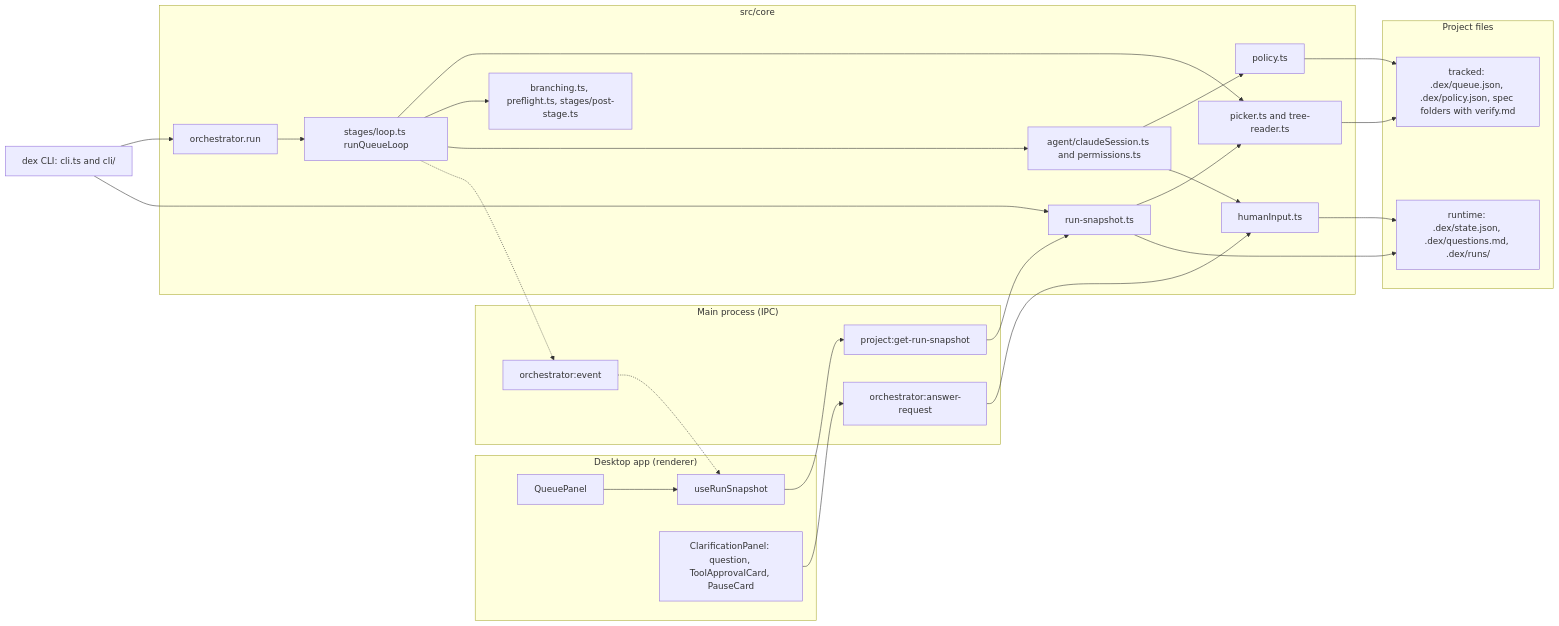
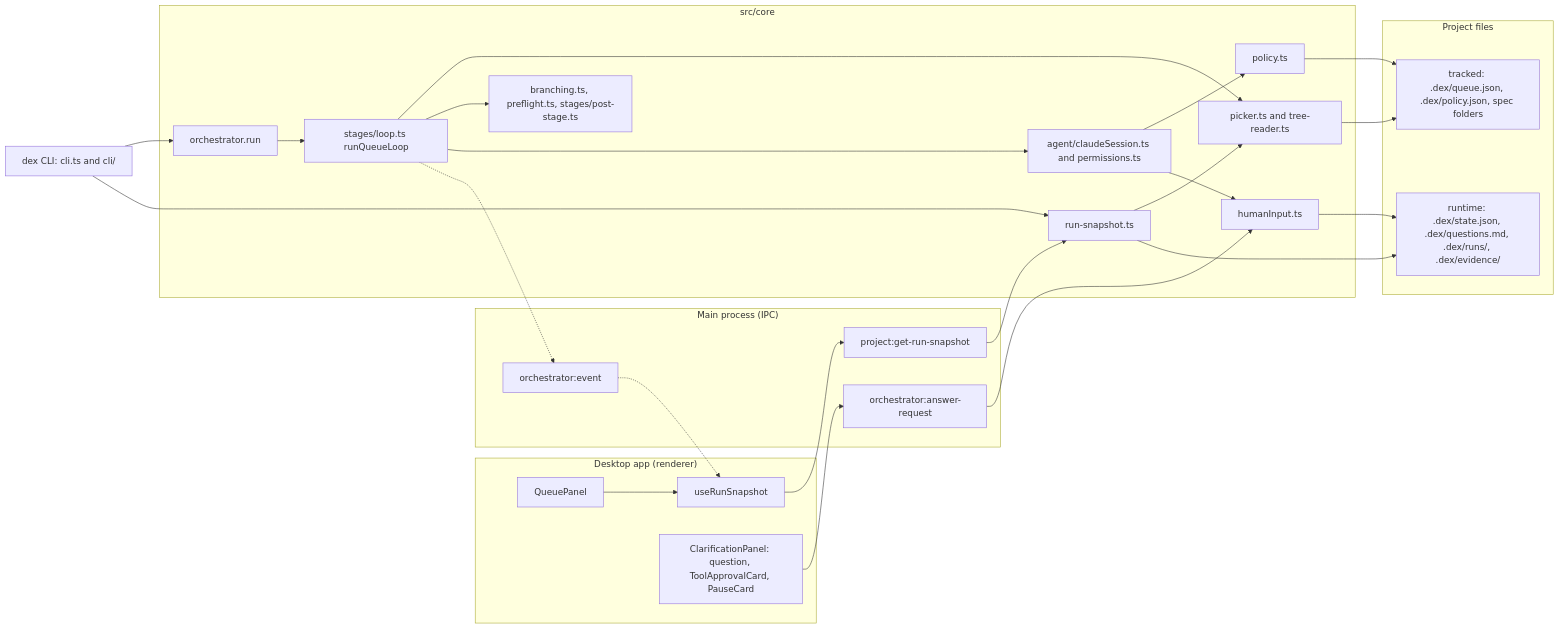
Before and after one commit to lukaskellerstein/dex: the first of 3 diagrams in docs/features/001_lean-core/README.md, drawn with Mermaid. The commit also changed other lines of this file and 13 other files, not shown here.

First line of the commit message:
Spec 015 Phase 12: verify records, the spec-kit env and the default env in the docs

````diff
--- a/docs/features/001_lean-core/README.md
+++ b/docs/features/001_lean-core/README.md
@@ -17,45 +17,45 @@
 ```mermaid
 flowchart LR
   subgraph APP["Desktop app (renderer)"]
     RS["useRunSnapshot"]
     QP["QueuePanel"]
     CP["ClarificationPanel: question, ToolApprovalCard, PauseCard"]
   end
   CLI["dex CLI: cli.ts and cli/"]
   subgraph MAIN["Main process (IPC)"]
     SNAP["project:get-run-snapshot"]
     ANS["orchestrator:answer-request"]
     EV["orchestrator:event"]
   end
   subgraph CORE["src/core"]
     RUN["orchestrator.run"]
     LOOP["stages/loop.ts runQueueLoop"]
     PICK["picker.ts and tree-reader.ts"]
     GUARDS["branching.ts, preflight.ts, stages/post-stage.ts"]
     SES["agent/claudeSession.ts and permissions.ts"]
     POL["policy.ts"]
     HI["humanInput.ts"]
     RSN["run-snapshot.ts"]
   end
   subgraph FILES["Project files"]
-    TRACKED["tracked: .dex/queue.json, .dex/policy.json, spec folders with verify.md"]
-    RUNTIME["runtime: .dex/state.json, .dex/questions.md, .dex/runs/"]
+    TRACKED["tracked: .dex/queue.json, .dex/policy.json, spec folders"]
+    RUNTIME["runtime: .dex/state.json, .dex/questions.md, .dex/runs/, .dex/evidence/"]
   end
   RS --> SNAP --> RSN
   QP --> RS
   CP --> ANS --> HI
   CLI --> RUN
   CLI --> RSN
   RUN --> LOOP
   LOOP --> PICK
   LOOP --> GUARDS
   LOOP --> SES
   SES --> POL
   SES --> HI
   PICK --> TRACKED
   POL --> TRACKED
   HI --> RUNTIME
   RSN --> PICK
   RSN --> RUNTIME
   LOOP -.-> EV -.-> RS
 ```
````
